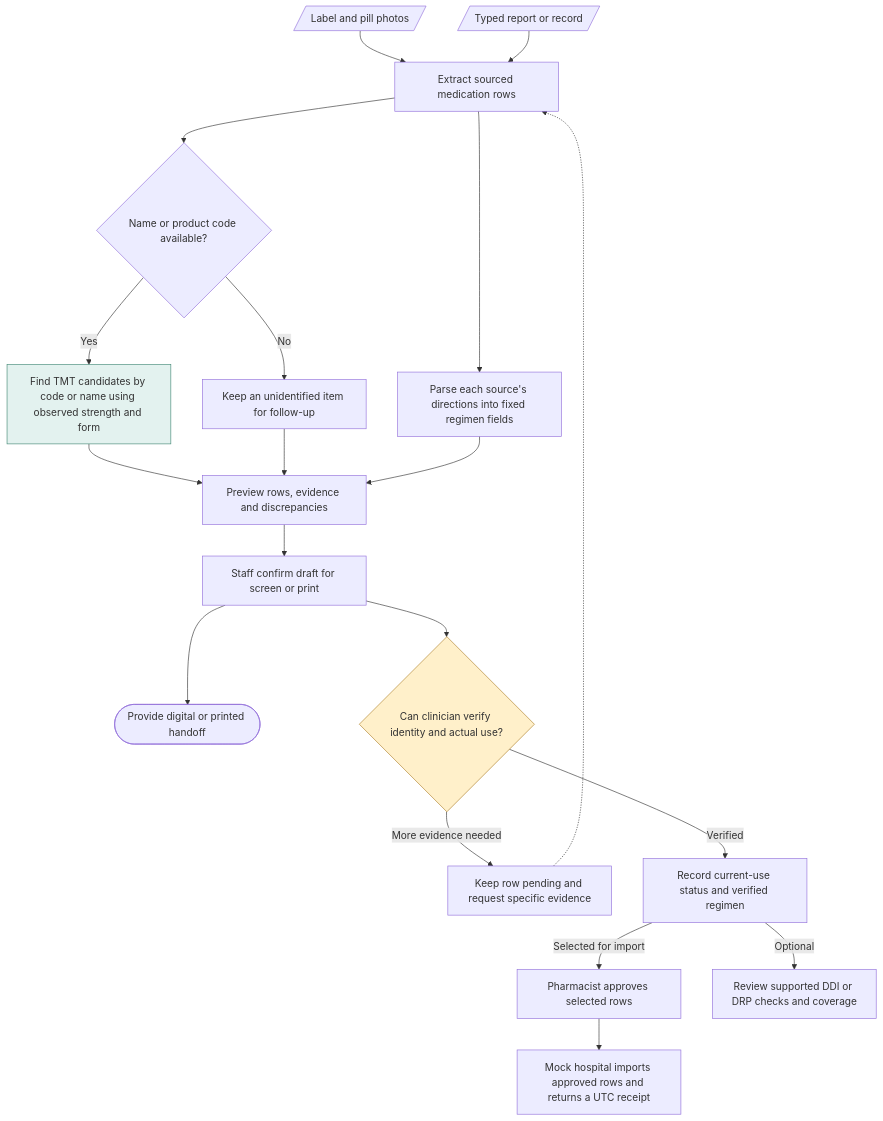
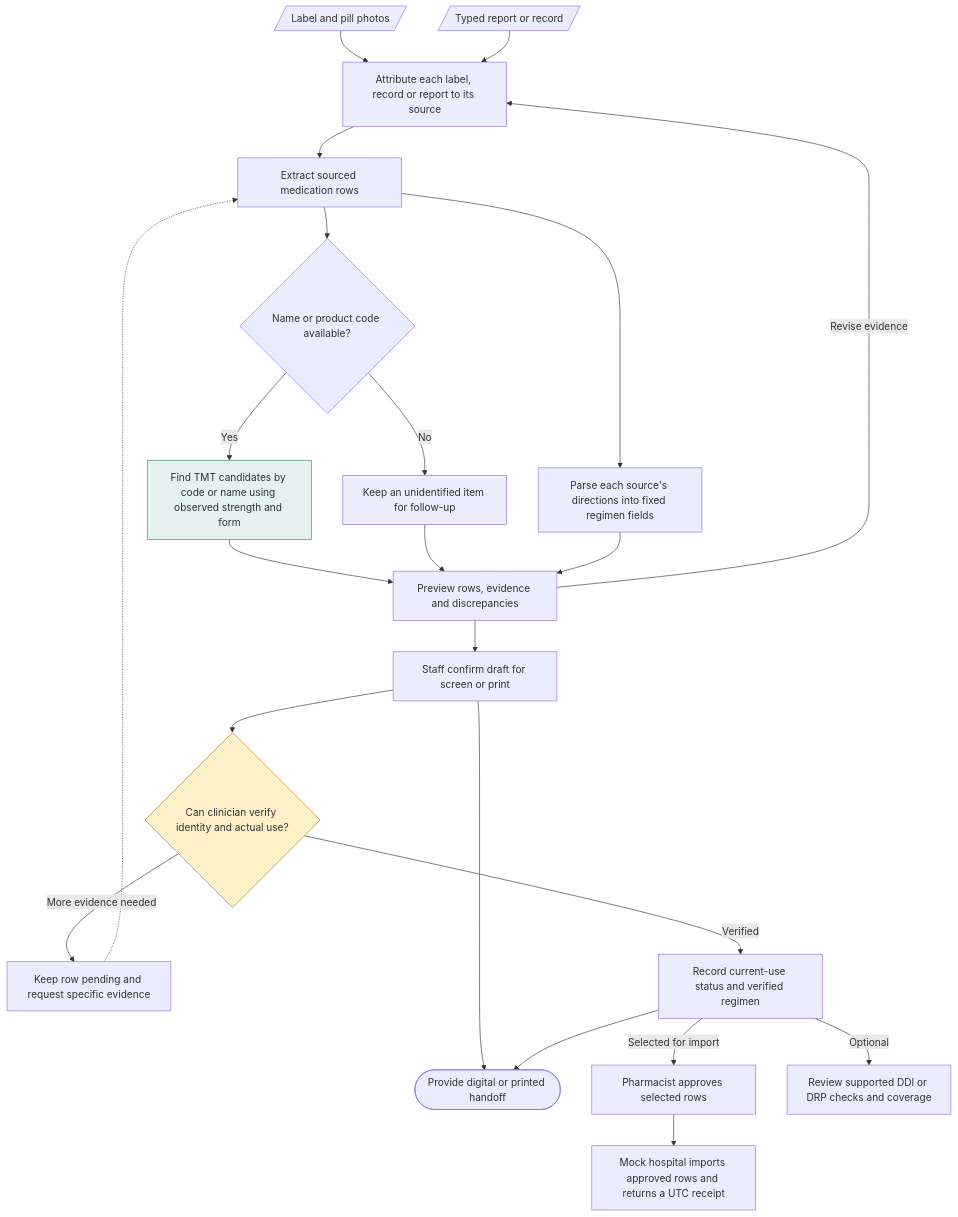
Before and after one commit to pakornds/Medication-Reader: the diagram in docs/specs/medication-reader-v1.md, drawn with Mermaid. The commit also changed other lines of this file and 4 other files, not shown here.

````diff
--- a/docs/specs/medication-reader-v1.md
+++ b/docs/specs/medication-reader-v1.md
@@ -13,23 +13,26 @@
 ```mermaid
 flowchart TD
-  photo[/"Label and pill photos"/] --> extract["Extract sourced medication rows"]
-  textInput[/"Typed report or record"/] --> extract
+  photo[/"Label and pill photos"/] --> sources["Attribute each label, record or report to its source"]
+  textInput[/"Typed report or record"/] --> sources
+  sources --> extract["Extract sourced medication rows"]
   extract --> product{"Name or product code available?"}
   product -->|"Yes"| lookup["Find TMT candidates by code or name using observed strength and form"]
   product -->|"No"| unknown["Keep an unidentified item for follow-up"]
   extract --> sig["Parse each source's directions into fixed regimen fields"]
   lookup --> preview["Preview rows, evidence and discrepancies"]
   unknown --> preview
   sig --> preview
   preview --> draft["Staff confirm draft for screen or print"]
+  preview -->|Revise evidence| sources
   draft --> handoff(["Provide digital or printed handoff"])
   draft --> verify{"Can clinician verify identity and actual use?"}
   verify -->|"More evidence needed"| follow["Keep row pending and request specific evidence"]
   follow -.-> extract
   verify -->|"Verified"| record["Record current-use status and verified regimen"]
+  record --> handoff
   record -->|Selected for import| approve["Pharmacist approves selected rows"]
   approve --> receipt["Mock hospital imports approved rows and returns a UTC receipt"]
   record -->|"Optional"| checks["Review supported DDI or DRP checks and coverage"]
   style verify fill:#FFF0CA,stroke:#AE802A
   style lookup fill:#E3F2EF,stroke:#428875
 ```
````
